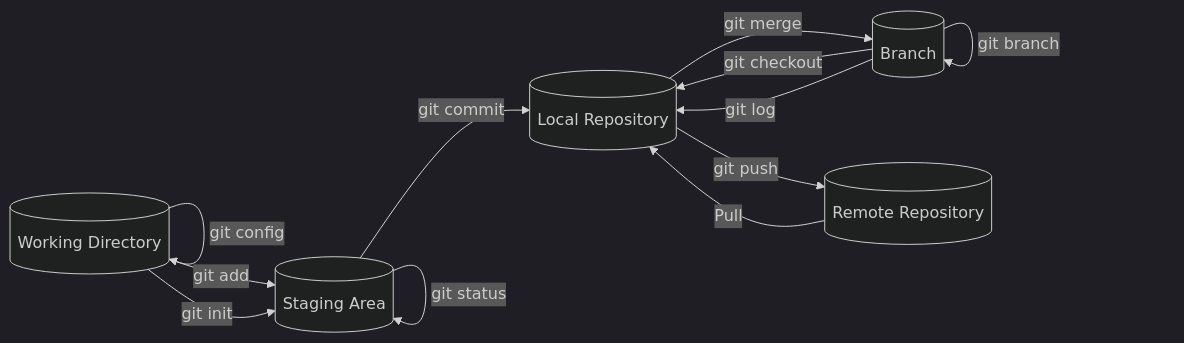
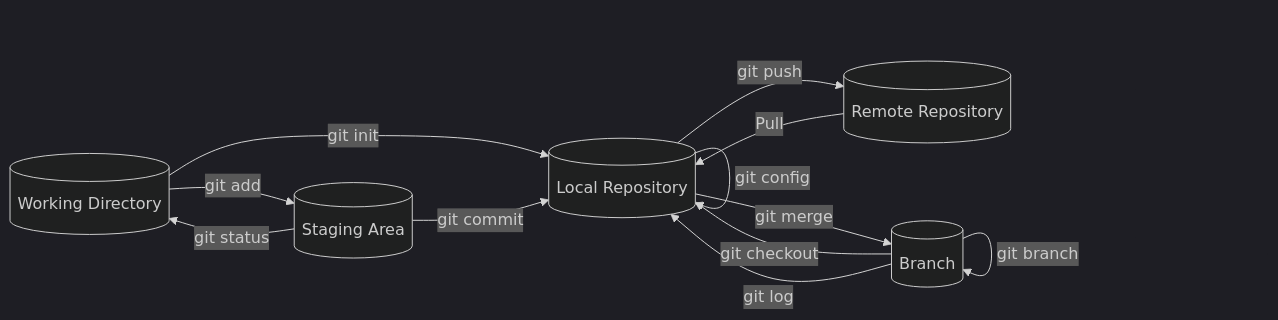
One commit to Hamwa03/wiki changed the diagram in intro.md. Above: the diagram before and after it, drawn with Mermaid (dark theme).

Commit message:
Mermaid  done correctly with comands in intro.md

````diff
--- a/intro.md
+++ b/intro.md
@@ -42,14 +42,14 @@
 ```mermaid
 graph LR
 A[(Working Directory)]-->|git add|B[(Staging Area)]
-A-->|git init|B
-A-->|git config|A
+A-->|git init|C
+C-->|git config|C
 B-->|git commit|C[(Local Repository)]
-B-->|git status|B
+B-->|git status|A
 C-->|git merge|D[(Branch)]
 D-->|git checkout|C
 D-->|git log|C
 D-->|git branch|D
 C-->|git push|E[(Remote Repository)]
 E-->|Pull|C
 ```
````
